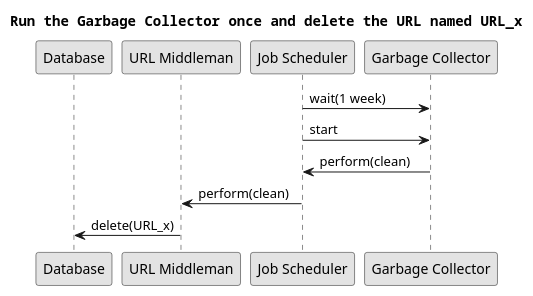
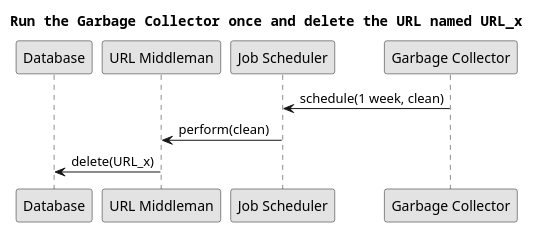
Diagram 21 of 22 in src/sa/model/index.md (USI-MSDE-SA-2023/sa--edoriggio), drawn with PlantUML before and after one commit. The commit also changed other lines of this file, not shown here.

````diff
--- a/src/sa/model/index.md
+++ b/src/sa/model/index.md
@@ -1133,24 +1133,22 @@
 ```puml
 @startuml
 title Run the Garbage Collector once and delete the URL named URL_x
 
 ''' PARTICIPANTS
 participant "Database" as DB
 participant "URL Middleman" as UMM
 participant "Job Scheduler" as JS
 participant "Garbage Collector" as GC
 
 
 ''' CONNECTIONS
-JS -> GC: wait(1 week)
-JS -> GC: start
-GC -> JS: perform(clean)
+GC -> JS: schedule(1 week, clean)
 JS -> UMM: perform(clean)
 UMM -> DB: delete(URL_x)
 
 
 skinparam monochrome true
 skinparam shadowing false
 skinparam defaultFontName Courier
 @enduml
 ```
````
